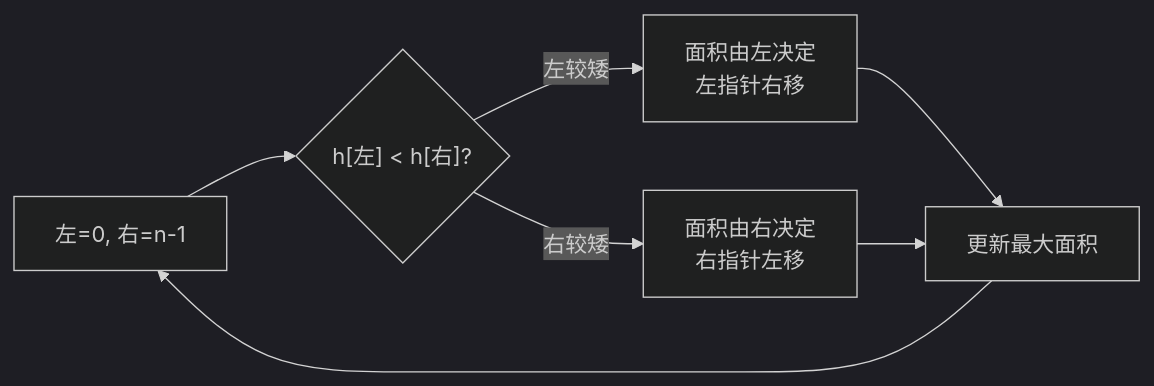
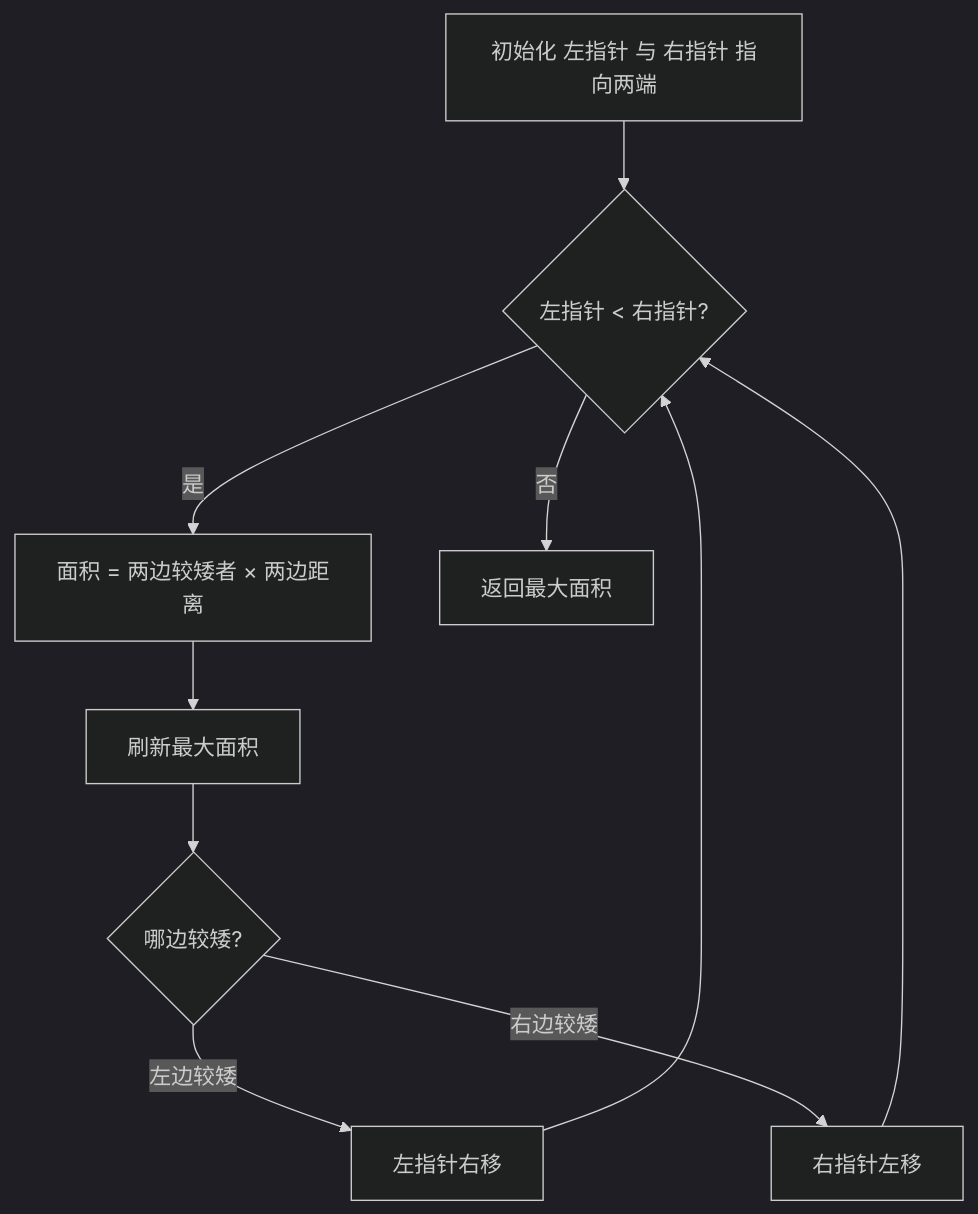
The first of 2 diagrams in 02-双指针/0011-盛最多水的容器.md (OctalZero/hot100-py), drawn with Mermaid (dark theme) before and after one commit. The commit also changed other lines of this file and 117 other files, not shown here.

First line of the commit message:
feat: 全题解配图升级为「动画式 mermaid」（总览骨架 + 横向时间线逐步推演）

````diff
--- a/02-双指针/0011-盛最多水的容器.md
+++ b/02-双指针/0011-盛最多水的容器.md
@@ -27,9 +27,12 @@
 ```mermaid
-flowchart LR
-    L["左=0, 右=n-1"] --> M{"h[左] < h[右]?"}
-    M -- "左较矮" --> Lm["面积由左决定<br/>左指针右移"]
-    M -- "右较矮" --> Rm["面积由右决定<br/>右指针左移"]
-    Lm --> E["更新最大面积"]
-    Rm --> E
-    E --> L
+flowchart TD
+    A["初始化 左指针 与 右指针 指向两端"] --> B{"左指针 < 右指针?"}
+    B -->|"是"| C["面积 = 两边较矮者 × 两边距离"]
+    C --> D["刷新最大面积"]
+    D --> E{"哪边较矮?"}
+    E -->|"左边较矮"| F["左指针右移"]
+    E -->|"右边较矮"| G["右指针左移"]
+    F --> B
+    G --> B
+    B -->|"否"| H["返回最大面积"]
 ```
````
